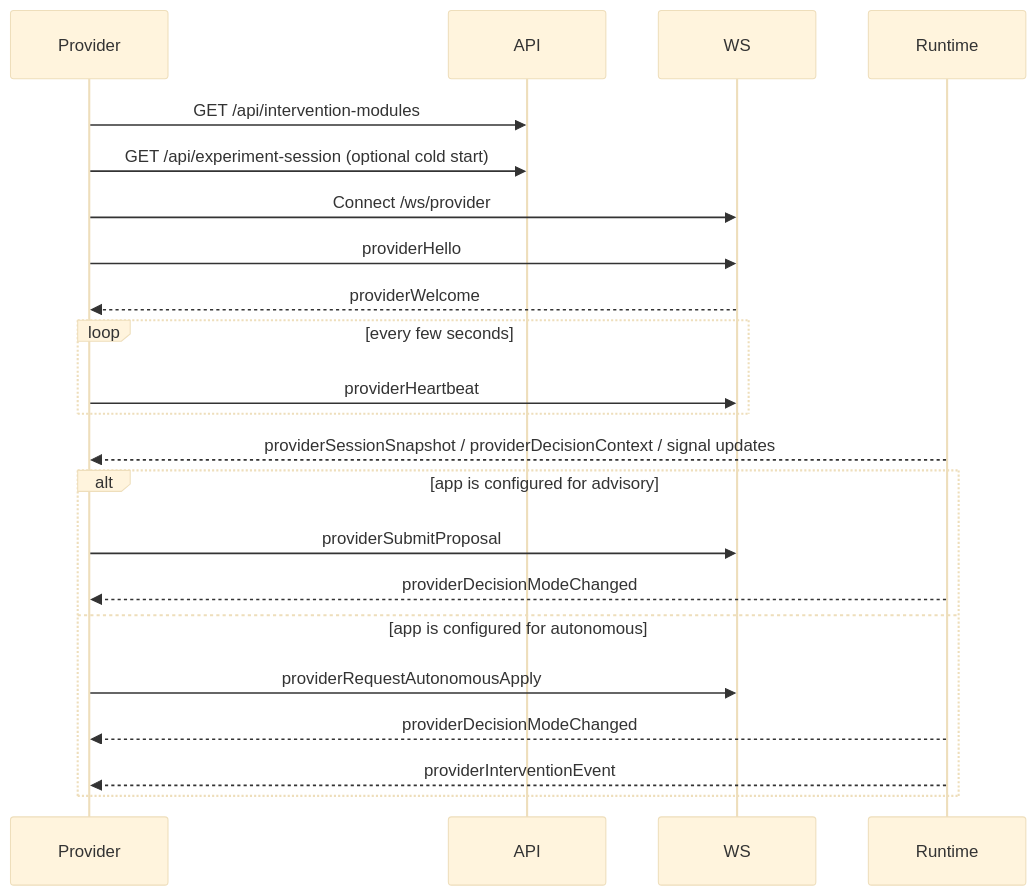
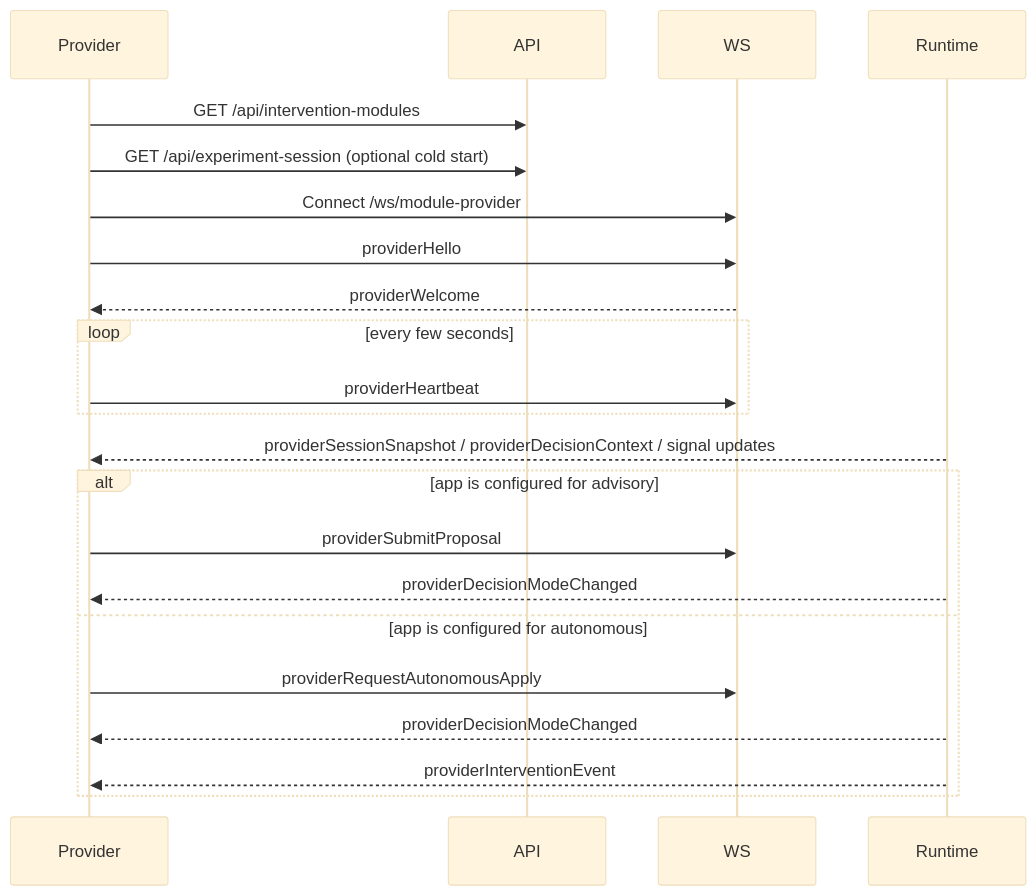
The second of 2 diagrams in DocsSite/app/integration/provider-protocol/page.mdx (MrSachin7/reading-the-reader-monorepo), drawn with Mermaid (base theme) before and after one commit. The commit also changed other lines of this file and 72 other files, not shown here.

First line of the commit message:
feat: Implement Module Provider Framework

````diff
--- a/DocsSite/app/integration/provider-protocol/page.mdx
+++ b/DocsSite/app/integration/provider-protocol/page.mdx
@@ -480,27 +480,27 @@
 ```mermaid
 sequenceDiagram
     participant Provider
     participant API
     participant WS
     participant Runtime
 
     Provider->>API: GET /api/intervention-modules
     Provider->>API: GET /api/experiment-session (optional cold start)
-    Provider->>WS: Connect /ws/provider
+    Provider->>WS: Connect /ws/module-provider
     Provider->>WS: providerHello
     WS-->>Provider: providerWelcome
     loop every few seconds
         Provider->>WS: providerHeartbeat
     end
 
     Runtime-->>Provider: providerSessionSnapshot / providerDecisionContext / signal updates
 
     alt app is configured for advisory
         Provider->>WS: providerSubmitProposal
         Runtime-->>Provider: providerDecisionModeChanged
     else app is configured for autonomous
         Provider->>WS: providerRequestAutonomousApply
         Runtime-->>Provider: providerDecisionModeChanged
         Runtime-->>Provider: providerInterventionEvent
     end
 ```
````
